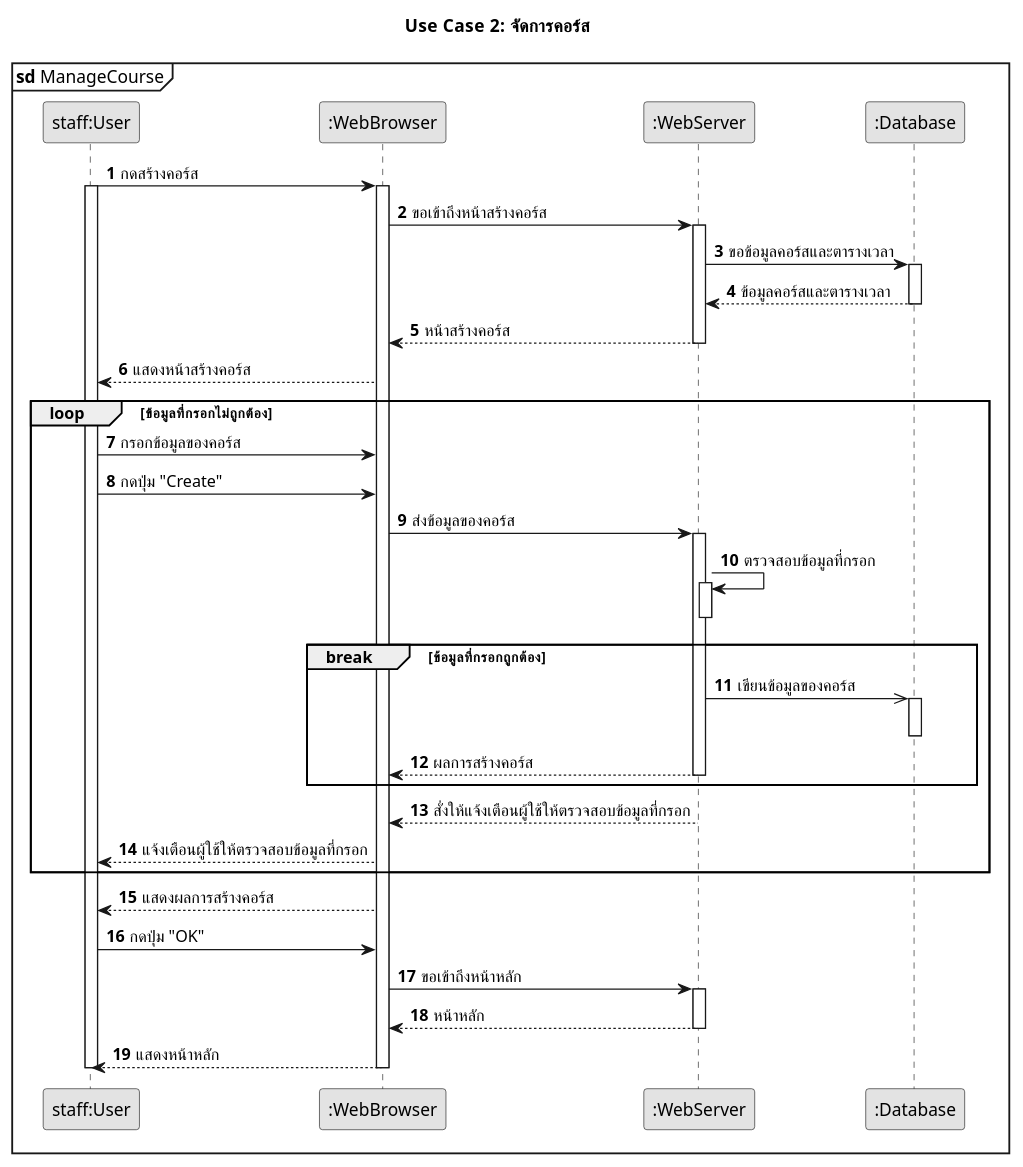
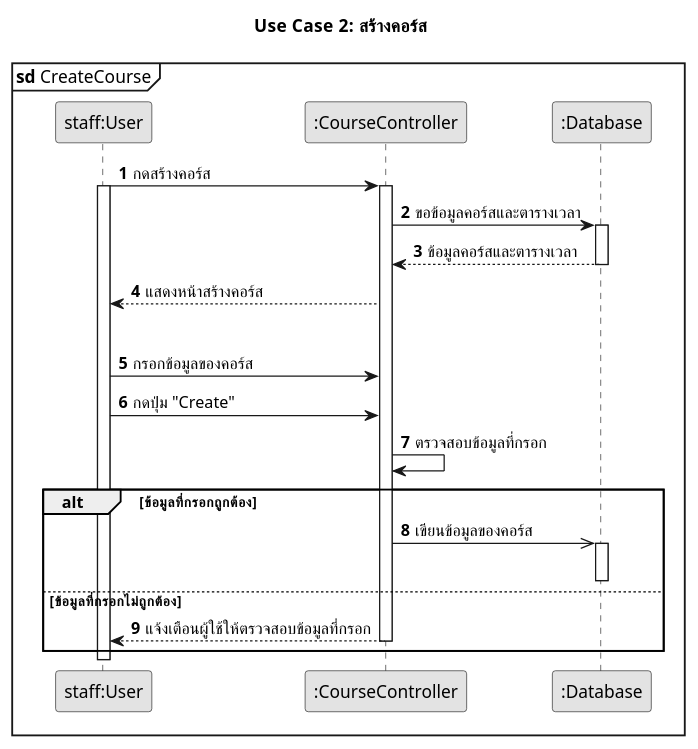
The diagram in Documentation/design/diagrams/source/aqkids-sequence-uc2.puml (SaluteKevin/AQkid), drawn with PlantUML before and after one commit. The commit also changed 39 other files, not shown here.

Commit message:
Revise diagrams -- final

```diff
--- a/Documentation/design/diagrams/source/aqkids-sequence-uc2.puml
+++ b/Documentation/design/diagrams/source/aqkids-sequence-uc2.puml
@@ -1,78 +1,51 @@
 @startuml
 skinparam monochrome true
 skinparam defaultFontName Sarabun
 autonumber
 
-title Use Case 2: จัดการคอร์ส
-mainframe **sd** ManageCourse
+title Use Case 2: สร้างคอร์ส
+mainframe **sd** CreateCourse
 
 participant "staff:User" as Staff
-participant ":WebBrowser" as Browser
-participant ":WebServer" as Server
+participant ":CourseController" as CourseController
 participant ":Database" as Database
 
-Staff -> Browser: กดสร้างคอร์ส
+Staff -> CourseController: กดสร้างคอร์ส
 
 activate Staff
 
-activate Browser
-Browser -> Server: ขอเข้าถึงหน้าสร้างคอร์ส
-
-activate Server
-Server -> Database: ขอข้อมูลคอร์สและตารางเวลา
+activate CourseController
+CourseController -> Database: ขอข้อมูลคอร์สและตารางเวลา
 
 activate Database
-Database --> Server: ข้อมูลคอร์สและตารางเวลา
+Database --> CourseController: ข้อมูลคอร์สและตารางเวลา
 deactivate Database
 
-Server --> Browser: หน้าสร้างคอร์ส
-deactivate Server
-
-Browser --> Staff: แสดงหน้าสร้างคอร์ส
+CourseController --> Staff: แสดงหน้าสร้างคอร์ส
 
 ' loop 1
 loop ข้อมูลที่กรอกไม่ถูกต้อง
 
-Staff -> Browser: กรอกข้อมูลของคอร์ส
-Staff -> Browser: กดปุ่ม "Create"
-Browser -> Server: ส่งข้อมูลของคอร์ส
+Staff -> CourseController: กรอกข้อมูลของคอร์ส
+Staff -> CourseController: กดปุ่ม "Create"
 
-activate Server
-Server -> Server: ตรวจสอบข้อมูลที่กรอก
-
-activate Server
-deactivate Server
+CourseController -> CourseController: ตรวจสอบข้อมูลที่กรอก
 
 ' break 1.1
-break ข้อมูลที่กรอกถูกต้อง
+alt ข้อมูลที่กรอกถูกต้อง
 
-Server ->> Database: เขียนข้อมูลของคอร์ส
+CourseController ->> Database: เขียนข้อมูลของคอร์ส
 
 activate Database
 deactivate Database
 
-Server --> Browser: ผลการสร้างคอร์ส
-deactivate Server
+else ข้อมูลที่กรอกไม่ถูกต้อง
 
-' break 1.1
-end
-
-Server --> Browser: สั่งให้แจ้งเตือนผู้ใช้ให้ตรวจสอบข้อมูลที่กรอก
-Browser --> Staff: แจ้งเตือนผู้ใช้ให้ตรวจสอบข้อมูลที่กรอก
+CourseController --> Staff: แจ้งเตือนผู้ใช้ให้ตรวจสอบข้อมูลที่กรอก
+deactivate CourseController
 
 ' loop 1
 end
 
-Browser --> Staff: แสดงผลการสร้างคอร์ส
-Staff -> Browser: กดปุ่ม "OK"
-Browser -> Server: ขอเข้าถึงหน้าหลัก
-
-activate Server
-Server --> Browser: หน้าหลัก
-deactivate Server
-
-Browser --> Staff: แสดงหน้าหลัก
-deactivate Browser
-
 deactivate Staff
 @enduml
```
